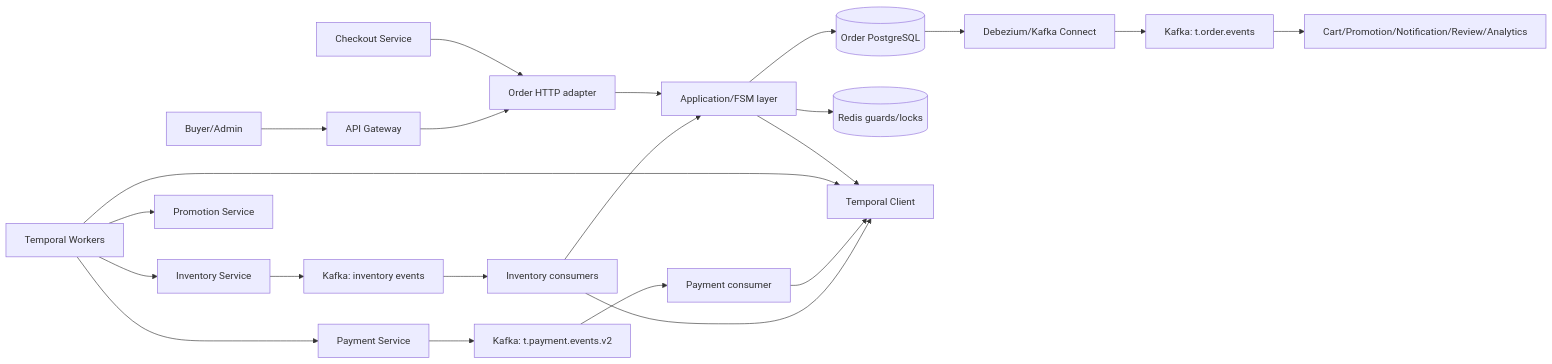
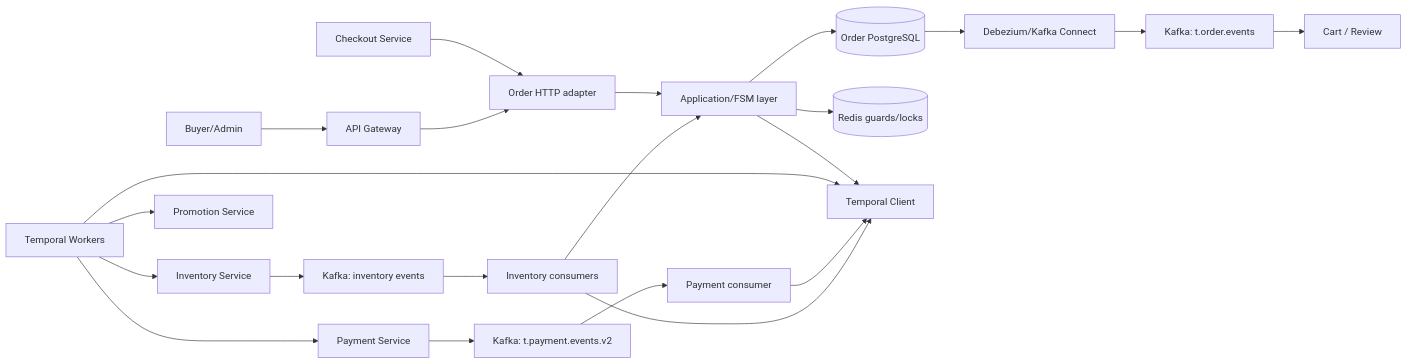
One commit to quangdung2110/e-commerce-microservices changed the diagram in docs/order/architecture.md. Above: the diagram before and after it, drawn with Mermaid. The commit also changed other lines of this file and 36 other files, not shown here.

````diff
--- a/docs/order/architecture.md
+++ b/docs/order/architecture.md
@@ -31,24 +31,24 @@
 ```mermaid
 flowchart LR
   C[Buyer/Admin] --> G[API Gateway]
   CK[Checkout Service] --> H[Order HTTP adapter]
   G --> H
   H --> A[Application/FSM layer]
   A --> P[(Order PostgreSQL)]
   A --> R[(Redis guards/locks)]
   A --> T[Temporal Client]
   TW[Temporal Workers] --> T
   TW --> I[Inventory Service]
   TW --> M[Promotion Service]
   TW --> Y[Payment Service]
   Y --> KP[Kafka: t.payment.events.v2]
   I --> KI[Kafka: inventory events]
   KP --> PC[Payment consumer]
   KI --> IC[Inventory consumers]
   PC --> T
   IC --> T
   IC --> A
   P --> D[Debezium/Kafka Connect]
   D --> KO[Kafka: t.order.events]
-  KO --> DS[Cart/Promotion/Notification/Review/Analytics]
+  KO --> DS[Cart / Review]
 ```
````
